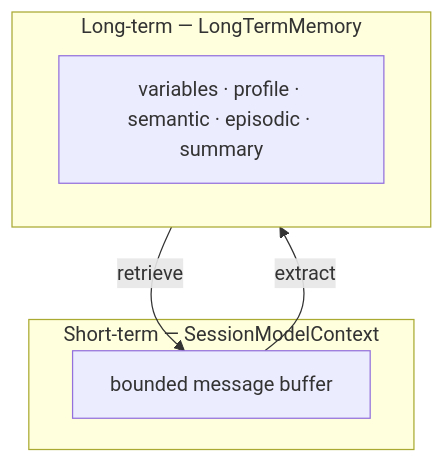
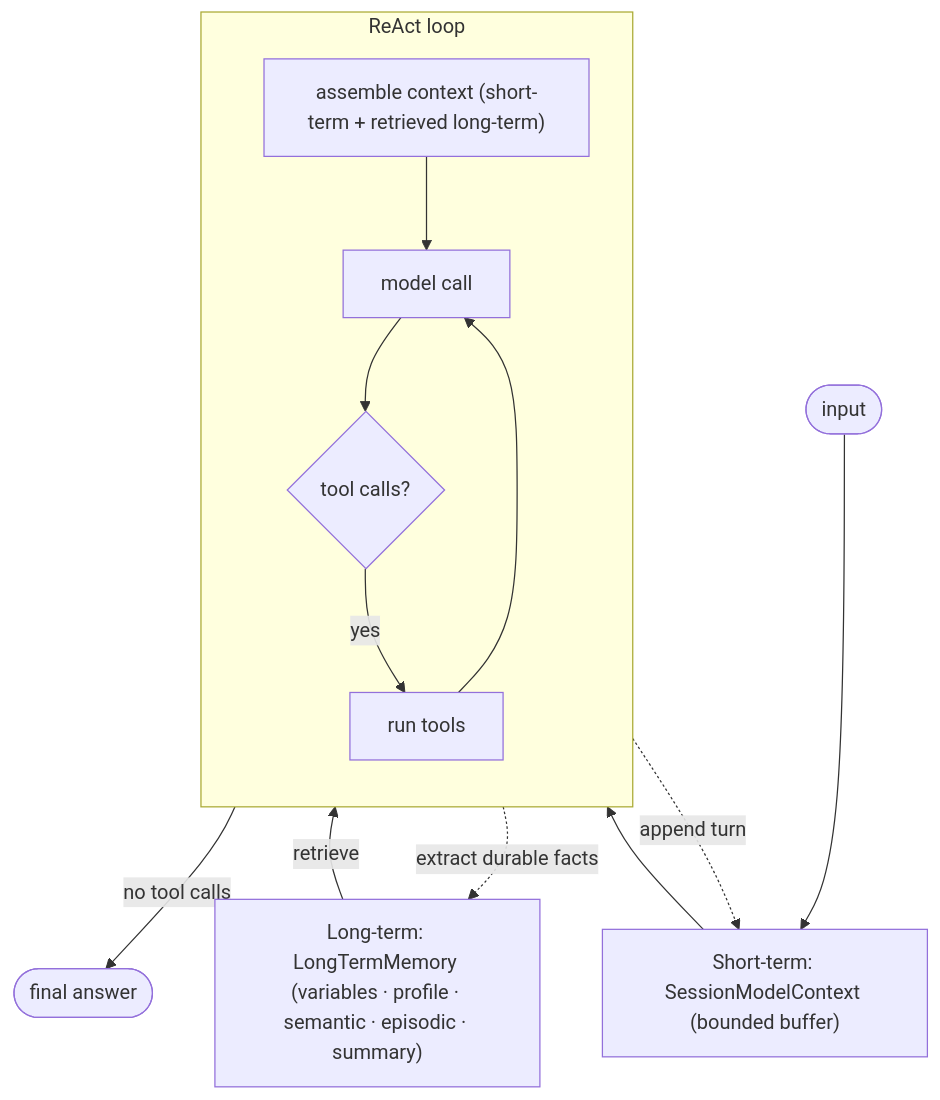
Diagram 17 of 31 in docs-michael/agent-interview-questions.md (michaelatamuk/openjiuwen-jiuwenswarm), drawn with Mermaid before and after one commit. The commit also changed other lines of this file, not shown here.

````diff
--- a/docs-michael/agent-interview-questions.md
+++ b/docs-michael/agent-interview-questions.md
@@ -305,11 +355,16 @@
 ```mermaid
-flowchart TB
-    subgraph ST["Short-term — SessionModelContext"]
-        B["bounded message buffer"]
+flowchart TD
+    I(["input"]) --> ST
+    subgraph LOOP["ReAct loop"]
+    direction TB
+        PRE["assemble context (short-term + retrieved long-term)"] --> M["model call"]
+        M --> D{"tool calls?"}
+        D -->|yes| T["run tools"] --> M
     end
-    subgraph LT["Long-term — LongTermMemory"]
-        V["variables · profile · semantic · episodic · summary"]
-    end
-    B -->|extract| LT
-    LT -->|retrieve| B
+    D -->|"no tool calls"| A(["final answer"])
+    T ~~~ A
+    ST["Short-term: SessionModelContext (bounded buffer)"] --> PRE
+    LT["Long-term: LongTermMemory (variables · profile · semantic · episodic · summary)"] -->|retrieve| PRE
+    M -.->|"extract durable facts"| LT
+    M -.->|"append turn"| ST
 ```
````
